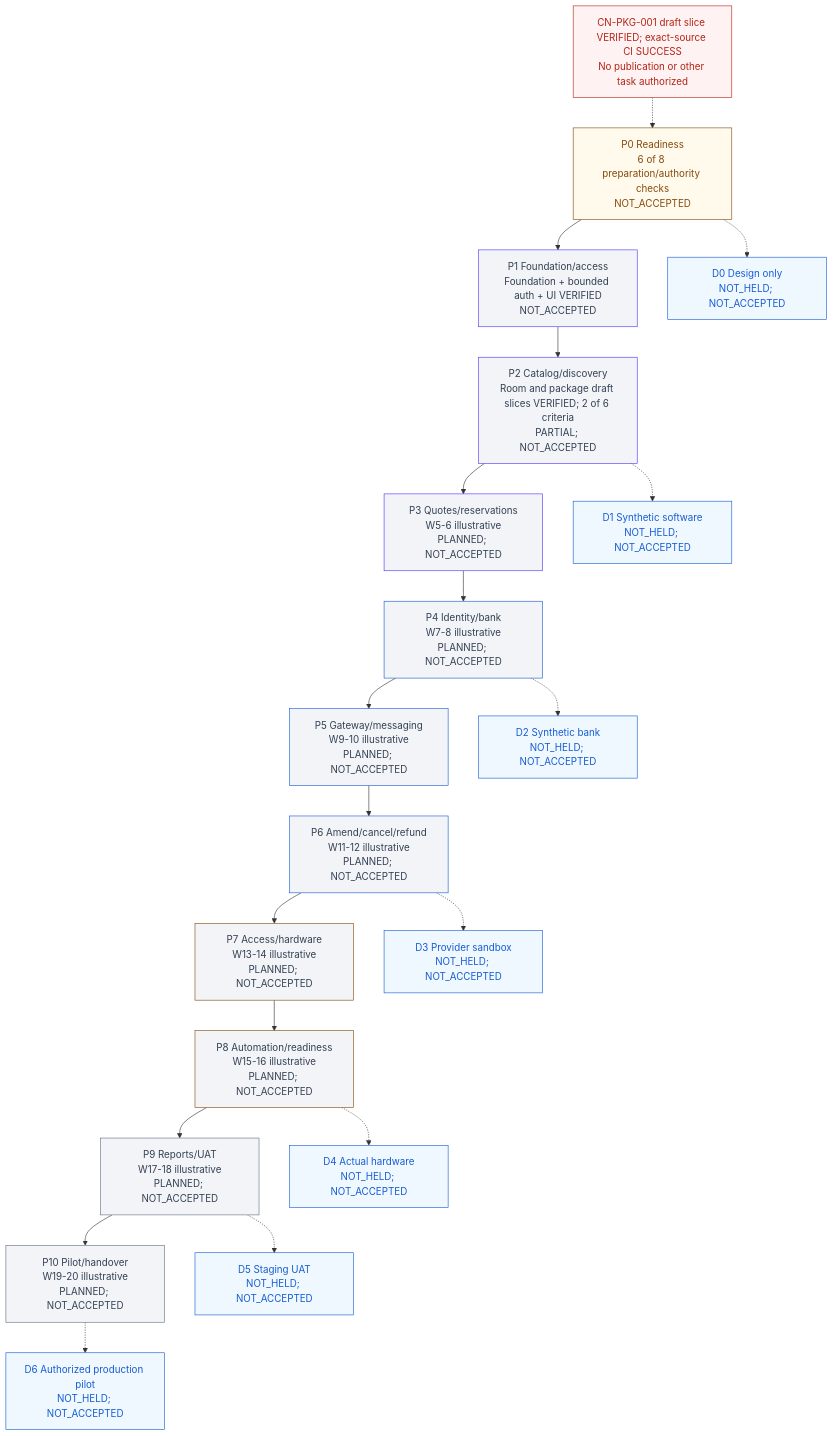
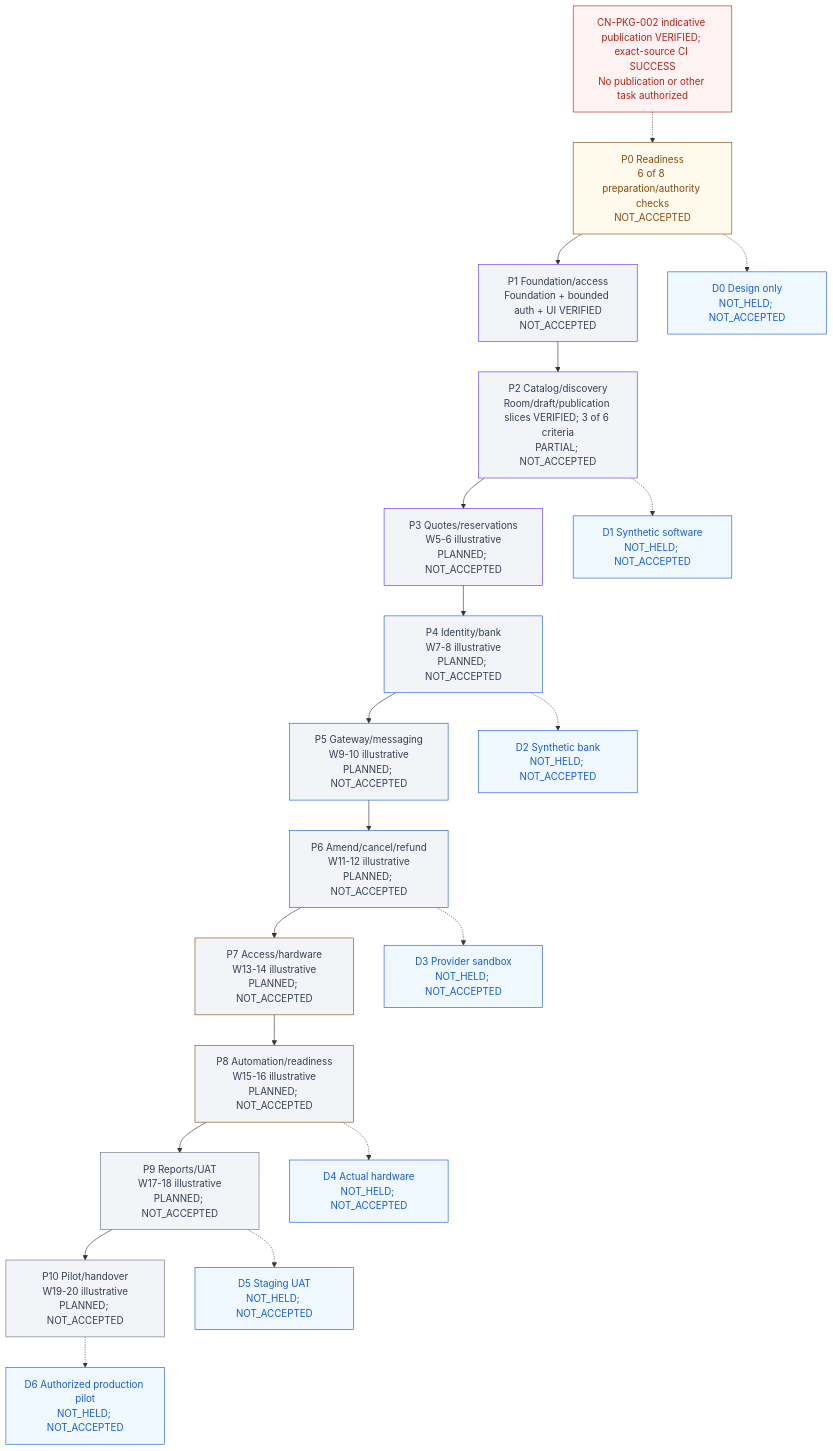
One commit to Hasitha3513/Theater-Project changed the diagram in knowledge/PROGRESS.md. Above: the diagram before and after it, drawn with Mermaid. The commit also changed other lines of this file and 5 other files, not shown here.

Commit message:
docs(knowledge): close verified package publication slice

````diff
--- a/knowledge/PROGRESS.md
+++ b/knowledge/PROGRESS.md
@@ -305,45 +307,45 @@
 ```mermaid
 flowchart TB
-  G["CN-PKG-001 draft slice VERIFIED; exact-source CI SUCCESS<br/>No publication or other task authorized"]
+  G["CN-PKG-002 indicative publication VERIFIED; exact-source CI SUCCESS<br/>No publication or other task authorized"]
   P0["P0 Readiness<br/>6 of 8 preparation/authority checks<br/>NOT_ACCEPTED"]
   P1["P1 Foundation/access<br/>Foundation + bounded auth + UI VERIFIED<br/>NOT_ACCEPTED"]
-  P2["P2 Catalog/discovery<br/>Room and package draft slices VERIFIED; 2 of 6 criteria<br/>PARTIAL; NOT_ACCEPTED"]
+  P2["P2 Catalog/discovery<br/>Room/draft/publication slices VERIFIED; 3 of 6 criteria<br/>PARTIAL; NOT_ACCEPTED"]
   P3["P3 Quotes/reservations<br/>W5-6 illustrative<br/>PLANNED; NOT_ACCEPTED"]
   P4["P4 Identity/bank<br/>W7-8 illustrative<br/>PLANNED; NOT_ACCEPTED"]
   P5["P5 Gateway/messaging<br/>W9-10 illustrative<br/>PLANNED; NOT_ACCEPTED"]
   P6["P6 Amend/cancel/refund<br/>W11-12 illustrative<br/>PLANNED; NOT_ACCEPTED"]
   P7["P7 Access/hardware<br/>W13-14 illustrative<br/>PLANNED; NOT_ACCEPTED"]
   P8["P8 Automation/readiness<br/>W15-16 illustrative<br/>PLANNED; NOT_ACCEPTED"]
   P9["P9 Reports/UAT<br/>W17-18 illustrative<br/>PLANNED; NOT_ACCEPTED"]
   P10["P10 Pilot/handover<br/>W19-20 illustrative<br/>PLANNED; NOT_ACCEPTED"]
   G -.-> P0
   P0 --> P1 --> P2 --> P3 --> P4 --> P5 --> P6 --> P7 --> P8 --> P9 --> P10
   D0["D0 Design only<br/>NOT_HELD; NOT_ACCEPTED"]
   D1["D1 Synthetic software<br/>NOT_HELD; NOT_ACCEPTED"]
   D2["D2 Synthetic bank<br/>NOT_HELD; NOT_ACCEPTED"]
   D3["D3 Provider sandbox<br/>NOT_HELD; NOT_ACCEPTED"]
   D4["D4 Actual hardware<br/>NOT_HELD; NOT_ACCEPTED"]
   D5["D5 Staging UAT<br/>NOT_HELD; NOT_ACCEPTED"]
   D6["D6 Authorized production pilot<br/>NOT_HELD; NOT_ACCEPTED"]
   P0 -.-> D0
   P2 -.-> D1
   P4 -.-> D2
   P6 -.-> D3
   P8 -.-> D4
   P9 -.-> D5
   P10 -.-> D6
   classDef readiness fill:#FFFAEB,color:#854A0E,stroke:#854A0E;
   classDef foundation fill:#F2F4F7,color:#344054,stroke:#5135FF;
   classDef financial fill:#F2F4F7,color:#344054,stroke:#175CD3;
   classDef physical fill:#F2F4F7,color:#344054,stroke:#854A0E;
   classDef release fill:#F2F4F7,color:#344054,stroke:#667085;
   classDef blocked fill:#FEF3F2,color:#B42318,stroke:#B42318;
   classDef demo fill:#EFF8FF,color:#175CD3,stroke:#175CD3;
   class P0 readiness;
   class P1,P2,P3 foundation;
   class P4,P5,P6 financial;
   class P7,P8 physical;
   class P9,P10 release;
   class G blocked;
   class D0,D1,D2,D3,D4,D5,D6 demo;
 ```
````
